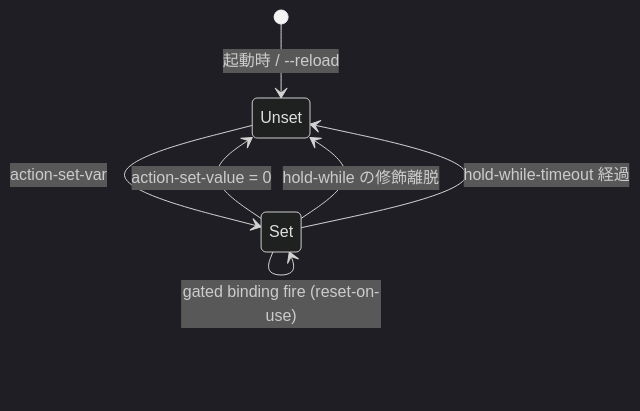
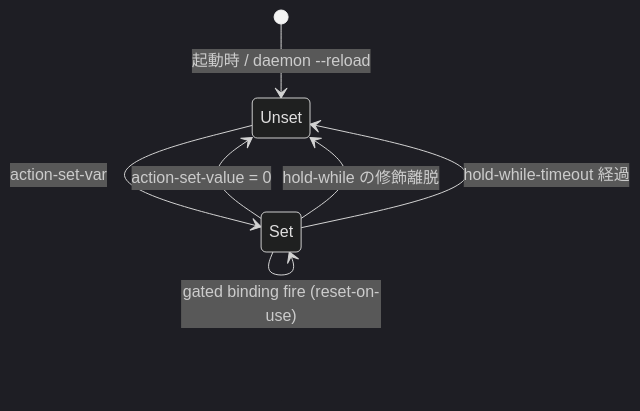
The second of 3 diagrams in docs/glossary.md (akira-toriyama/chord), drawn with Mermaid (dark theme) before and after one commit. The commit also changed other lines of this file and 34 other files, not shown here.

````diff
--- a/docs/glossary.md
+++ b/docs/glossary.md
@@ -313,9 +313,9 @@
 ```mermaid
 stateDiagram-v2
-  [*] --> Unset: 起動時 / --reload
+  [*] --> Unset: 起動時 / daemon --reload
   Unset --> Set: action-set-var
   Set --> Unset: action-set-value = 0
   Set --> Unset: hold-while の修飾離脱
   Set --> Unset: hold-while-timeout 経過
   Set --> Set: gated binding fire (reset-on-use)
 ```
````
